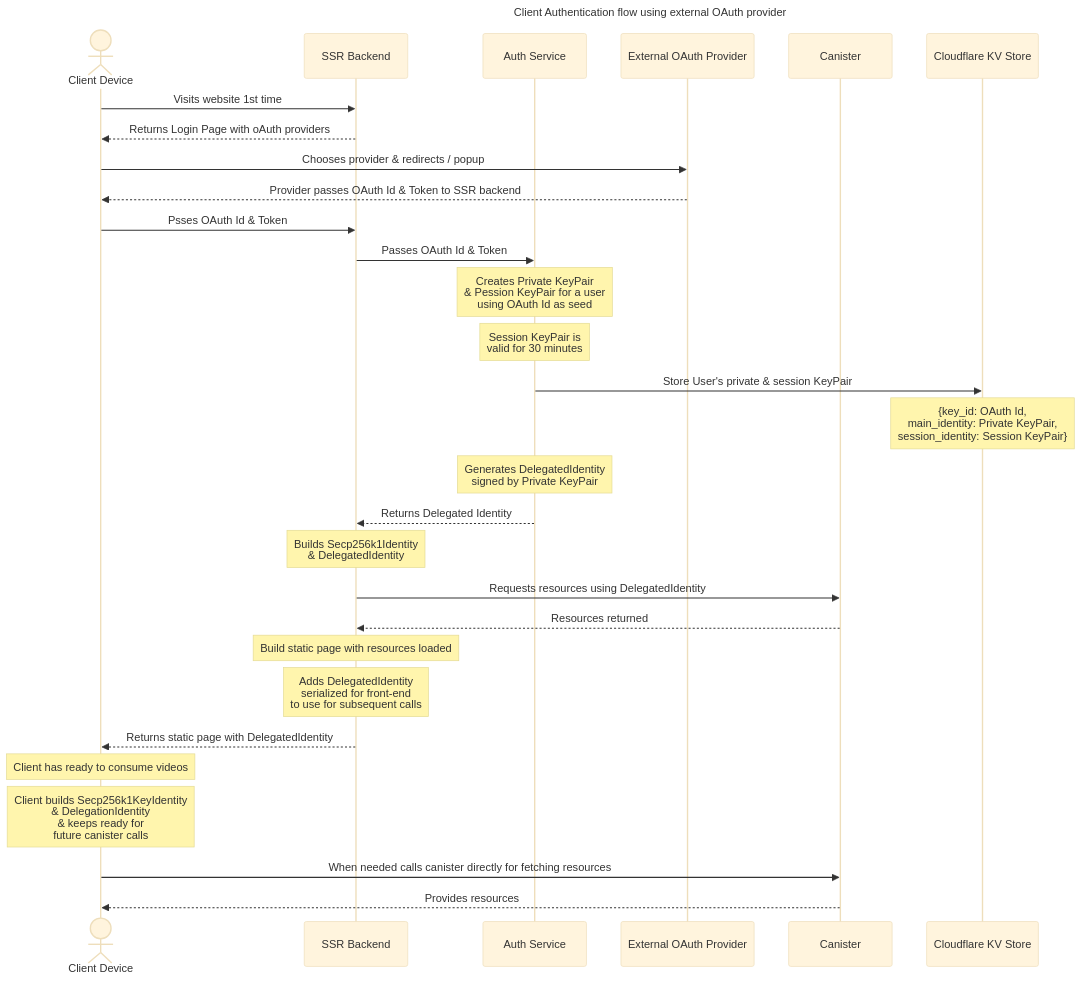
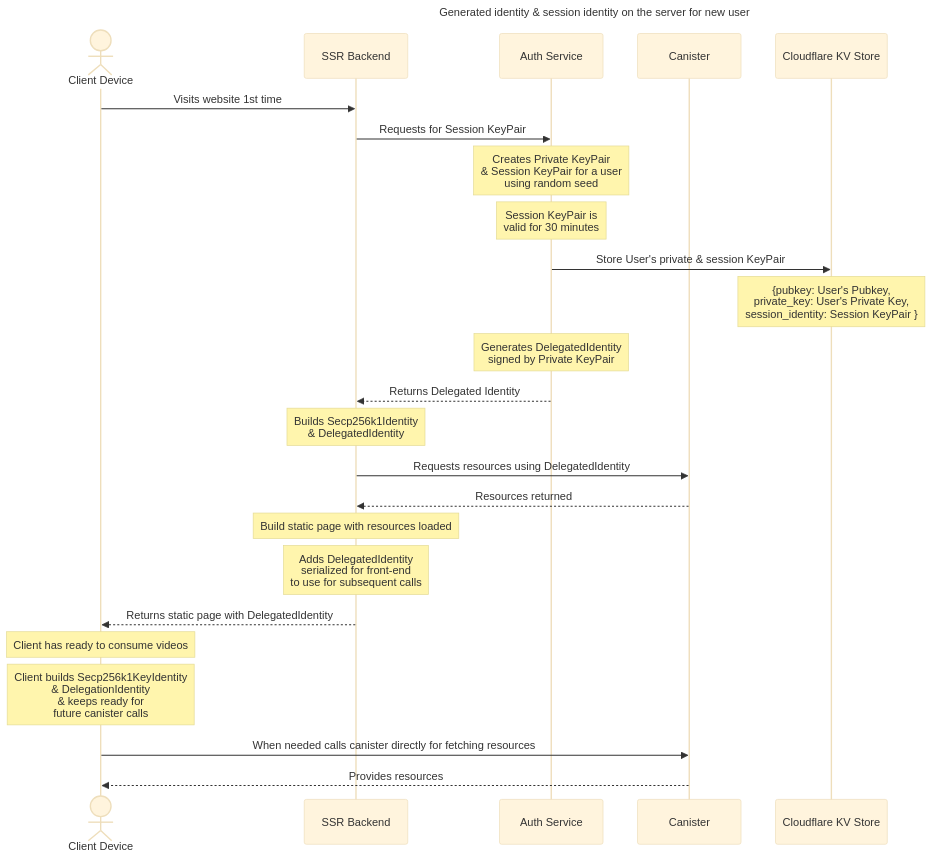
The first of 3 diagrams in design/auth-flow.md (yral-dapp/hot-or-not-auth), drawn with Mermaid (base theme) before and after one commit. The commit also changed other lines of this file and 1 other file, not shown here.

Commit message:
Auth flow design included claim token flow with OAuth login.

````diff
--- a/design/auth-flow.md
+++ b/design/auth-flow.md
@@ -7,34 +6,29 @@
 ```mermaid
 ---
-title: Client Authentication flow using external OAuth provider
+title: Generated identity & session identity on the server for new user
 ---
 sequenceDiagram
     actor client as Client Device
     participant ssr as SSR Backend
     participant auth as Auth Service
-    participant ext_auth as External OAuth Provider
     participant canister as Canister
     participant kv as Cloudflare KV Store
     client->>ssr: Visits website 1st time
-    ssr-->>client: Returns Login Page with oAuth providers
-    client->>ext_auth: Chooses provider & redirects / popup
-    ext_auth-->>client: Provider passes OAuth Id & Token to SSR backend
-    client->>ssr: Psses OAuth Id & Token
-    ssr->>auth: Passes OAuth Id & Token
-    Note over auth: Creates Private KeyPair <br/> & Pession KeyPair for a user <br/> using OAuth Id as seed
+    ssr->>auth: Requests for Session KeyPair
+    Note over auth: Creates Private KeyPair <br/> & Session KeyPair for a user <br/> using random seed
     Note over auth: Session KeyPair is <br/> valid for 30 minutes
     auth->>kv: Store User's private & session KeyPair
-    Note over kv: {key_id: OAuth Id, <br/> main_identity: Private KeyPair, <br/> session_identity: Session KeyPair}
+    Note over kv: {pubkey: User's Pubkey, <br/> private_key: User's Private Key, <br/> session_identity: Session KeyPair }
     Note over auth: Generates DelegatedIdentity <br/> signed by Private KeyPair
     auth-->>ssr: Returns Delegated Identity
     Note over ssr: Builds Secp256k1Identity <br/> & DelegatedIdentity
     ssr->>canister: Requests resources using DelegatedIdentity
     canister-->>ssr: Resources returned
     Note over ssr: Build static page with resources loaded
     Note over ssr: Adds DelegatedIdentity <br/> serialized for front-end <br/> to use for subsequent calls
     ssr-->>client: Returns static page with DelegatedIdentity
     Note over client: Client has ready to consume videos
     Note over client: Client builds Secp256k1KeyIdentity <br/> & DelegationIdentity <br/> & keeps ready for <br/> future canister calls
     client->>canister: When needed calls canister directly for fetching resources
     canister-->>client: Provides resources
 ```
````
